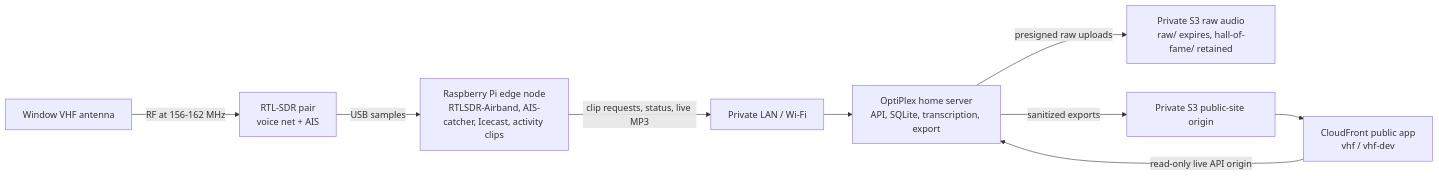
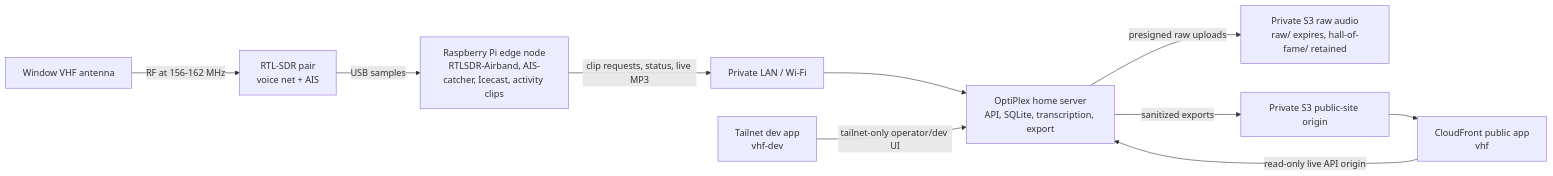
Before and after one commit to boscacci/vhf-seattle: the diagram in docs/hardware-guide.md, drawn with Mermaid. The commit also changed other lines of this file and 20 other files, not shown here.

Commit message:
Gate dev app behind tailnet DNS

````diff
--- a/docs/hardware-guide.md
+++ b/docs/hardware-guide.md
@@ -10,20 +10,22 @@
 ```mermaid
 flowchart LR
   antenna["Window VHF antenna"]
   sdr["RTL-SDR pair<br/>voice net + AIS"]
   pi["Raspberry Pi edge node<br/>RTLSDR-Airband, AIS-catcher, Icecast, activity clips"]
   lan["Private LAN / Wi-Fi"]
   optiplex["OptiPlex home server<br/>API, SQLite, transcription, export"]
   s3raw["Private S3 raw audio<br/>raw/ expires, hall-of-fame/ retained"]
   s3site["Private S3 public-site origin"]
-  public["CloudFront public app<br/>vhf / vhf-dev"]
+  public["CloudFront public app<br/>vhf"]
+  dev["Tailnet dev app<br/>vhf-dev"]
 
   antenna -->|RF at 156-162 MHz| sdr
   sdr -->|USB samples| pi
   pi -->|clip requests, status, live MP3| lan
   lan --> optiplex
   optiplex -->|presigned raw uploads| s3raw
   optiplex -->|sanitized exports| s3site
   s3site --> public
   public -->|read-only live API origin| optiplex
+  dev -->|tailnet-only operator/dev UI| optiplex
 ```
````
